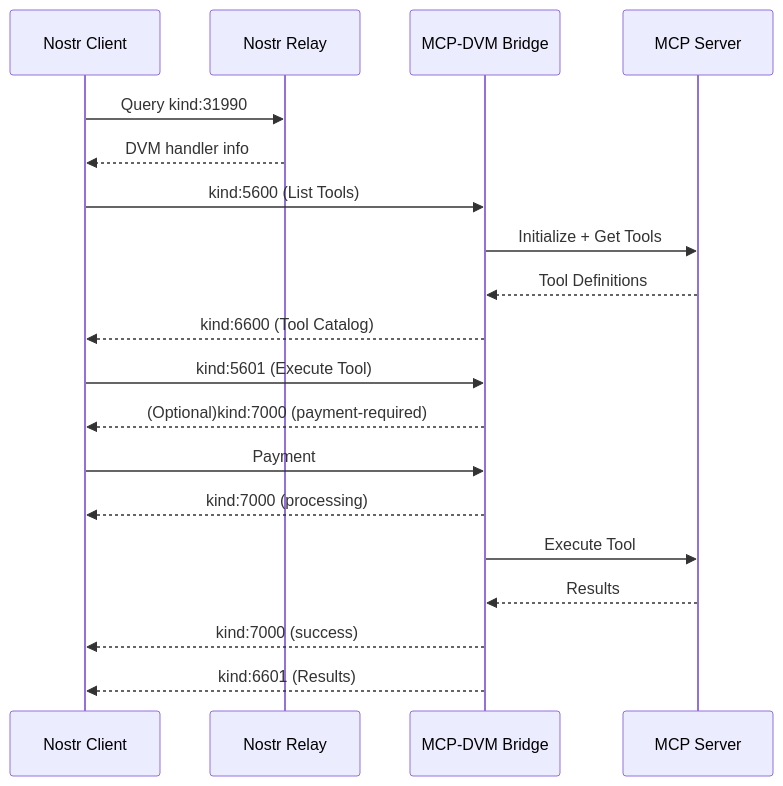
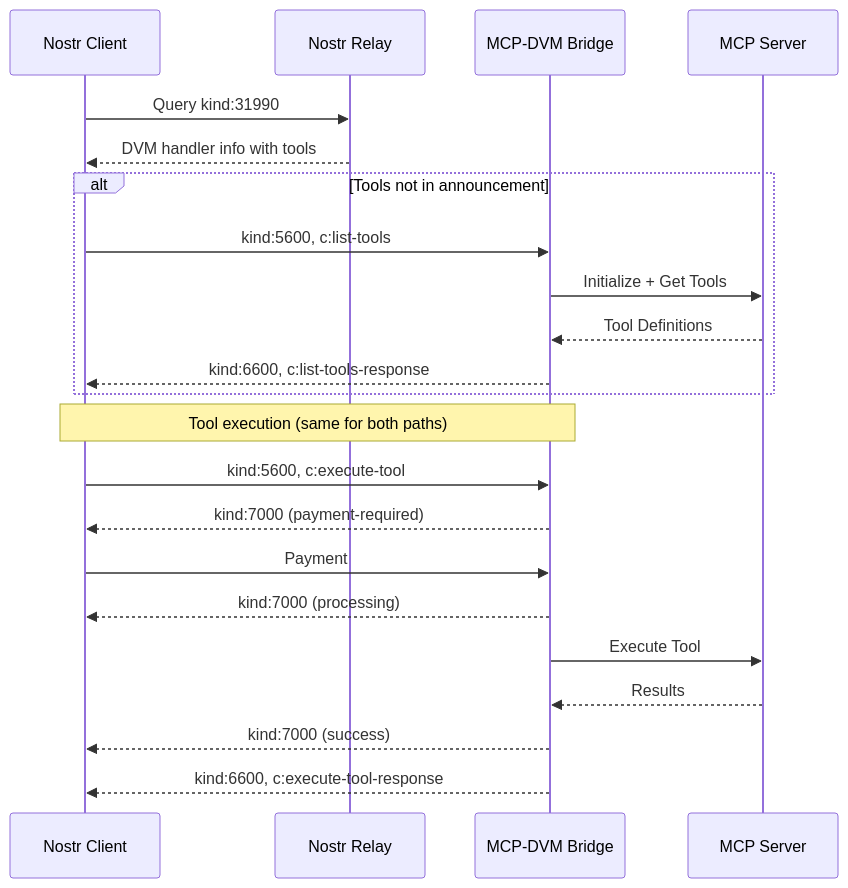
One commit to gzuuus/dvmcp changed the diagram in docs/dvmcp-spec.md. Above: the diagram before and after it, drawn with Mermaid. The commit also changed other lines of this file, not shown here.

Commit message:
docs: single kind approach

````diff
--- a/docs/dvmcp-spec.md
+++ b/docs/dvmcp-spec.md
@@ -317,24 +349,27 @@
 ```mermaid
 sequenceDiagram
     participant Client as Nostr Client
     participant Relay as Nostr Relay
     participant DVM as MCP-DVM Bridge
     participant Server as MCP Server
 
     Client->>Relay: Query kind:31990
-    Relay-->>Client: DVM handler info
+    Relay-->>Client: DVM handler info with tools
 
-    Client->>DVM: kind:5600 (List Tools)
-    DVM->>Server: Initialize + Get Tools
-    Server-->>DVM: Tool Definitions
-    DVM-->>Client: kind:6600 (Tool Catalog)
+    alt Tools not in announcement
+        Client->>DVM: kind:5600, c:list-tools
+        DVM->>Server: Initialize + Get Tools
+        Server-->>DVM: Tool Definitions
+        DVM-->>Client: kind:6600, c:list-tools-response
+    end
 
-    Client->>DVM: kind:5601 (Execute Tool)
-    DVM-->>Client: (Optional)kind:7000 (payment-required)
+    Note over Client,DVM: Tool execution (same for both paths)
+    Client->>DVM: kind:5600, c:execute-tool
+    DVM-->>Client: kind:7000 (payment-required)
     Client->>DVM: Payment
     DVM-->>Client: kind:7000 (processing)
     DVM->>Server: Execute Tool
     Server-->>DVM: Results
     DVM-->>Client: kind:7000 (success)
-    DVM-->>Client: kind:6601 (Results)
+    DVM-->>Client: kind:6600, c:execute-tool-response
 ```
````
